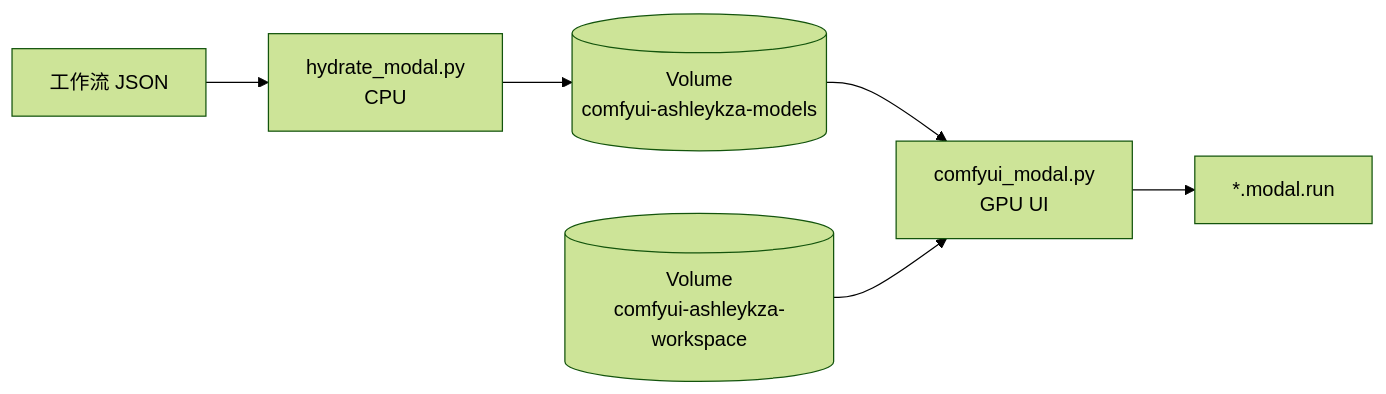
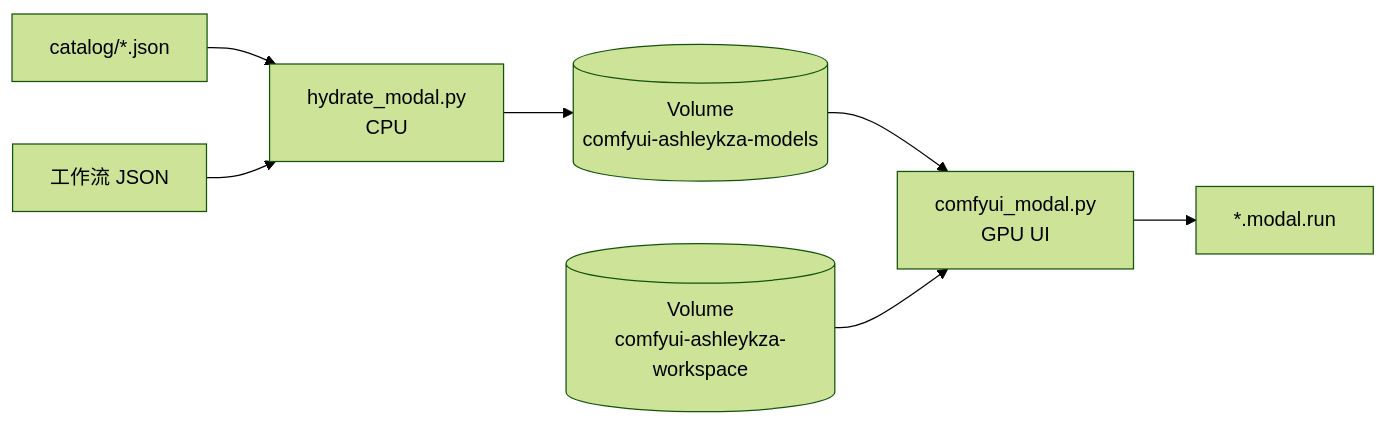
One commit to xiaoqianran/modal-ashleykza-comfyui changed the diagram in docs/guide/concepts.md. Above: the diagram before and after it, drawn with Mermaid (forest theme). The commit also changed other lines of this file and 11 other files, not shown here.

First line of the commit message:
docs: 配方表面收成 catalog，hydrate 增加 --catalog (#40)

````diff
--- a/docs/guide/concepts.md
+++ b/docs/guide/concepts.md
@@ -5,9 +5,10 @@
 ```mermaid
 flowchart LR
-  WF[工作流 JSON] --> HY[hydrate_modal.py<br/>CPU]
+  CAT[catalog/*.json] --> HY[hydrate_modal.py<br/>CPU]
+  WF[工作流 JSON] --> HY
   HY --> VOL[(Volume<br/>comfyui-ashleykza-models)]
   WS[(Volume<br/>comfyui-ashleykza-workspace)]
   VOL --> GPU[comfyui_modal.py<br/>GPU UI]
   WS --> GPU
   GPU --> WEB[*.modal.run]
 ```
````
